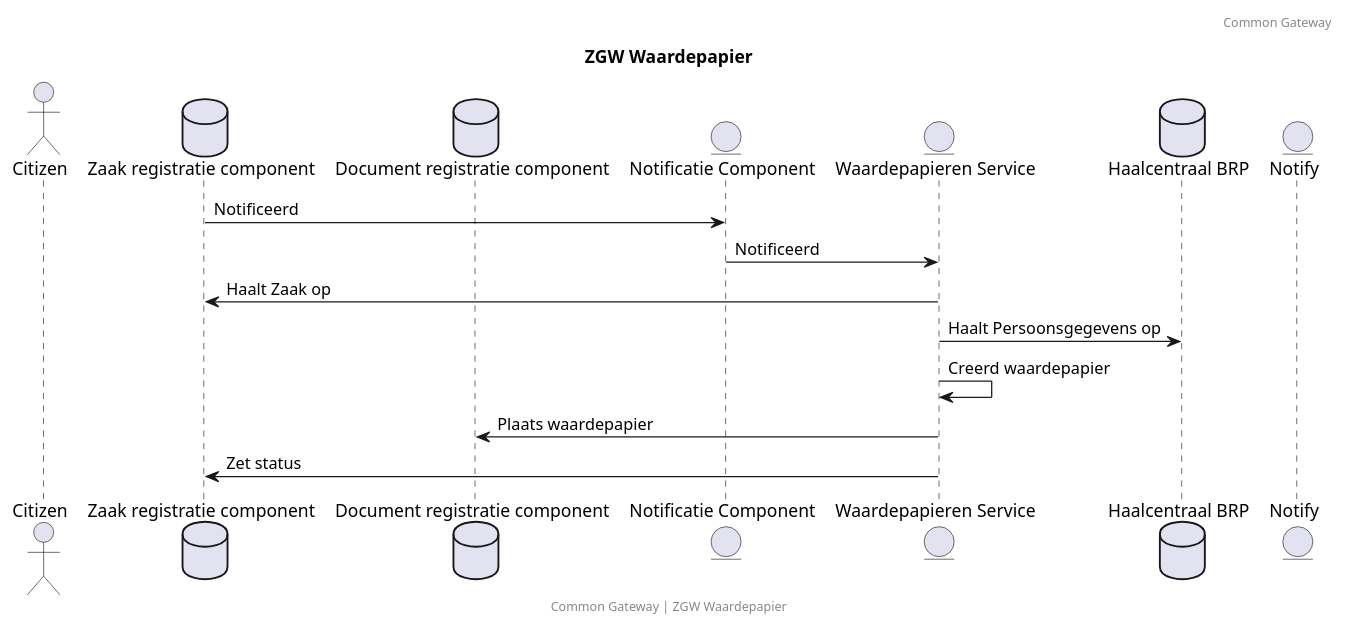
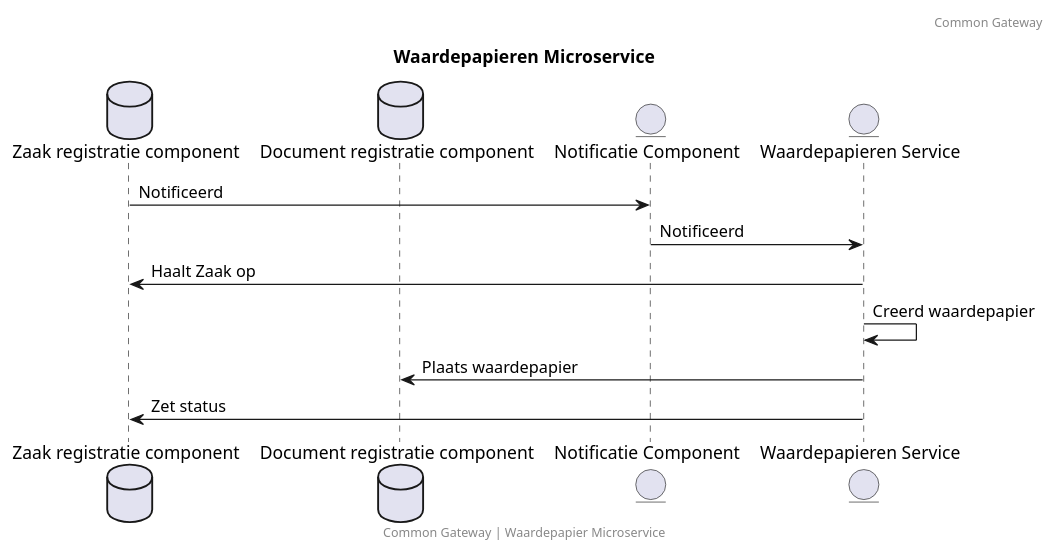
The diagram in docs/microservice.puml (CommonGateway/WaardepapierenBundle), drawn with PlantUML before and after one commit. The commit also changed 2 other files, not shown here.

Commit message:
Mircoservice en mijn zaken architectuur

```diff
--- a/docs/microservice.puml
+++ b/docs/microservice.puml
@@ -1,22 +1,18 @@
 @startuml
-title: ZGW Waardepapier
-footer: Common Gateway | ZGW Waardepapier
+title: Waardepapieren Microservice
+footer: Common Gateway | Waardepapier Microservice
 header: Common Gateway
 
-actor Citizen
 database "Zaak registratie component" as ZRC
 database "Document registratie component" as DRC
 entity "Notificatie Component" as NC
 entity "Waardepapieren Service" as WP
-database "Haalcentraal BRP" as BRP
-entity "Notify" as Notify
 
 ZRC -> NC: Notificeerd
 NC -> WP: Notificeerd
 WP -> ZRC: Haalt Zaak op
-WP -> BRP: Haalt Persoonsgegevens op
 WP -> WP: Creerd waardepapier
 WP -> DRC: Plaats waardepapier
 WP -> ZRC: Zet status
 
 @enduml
```
